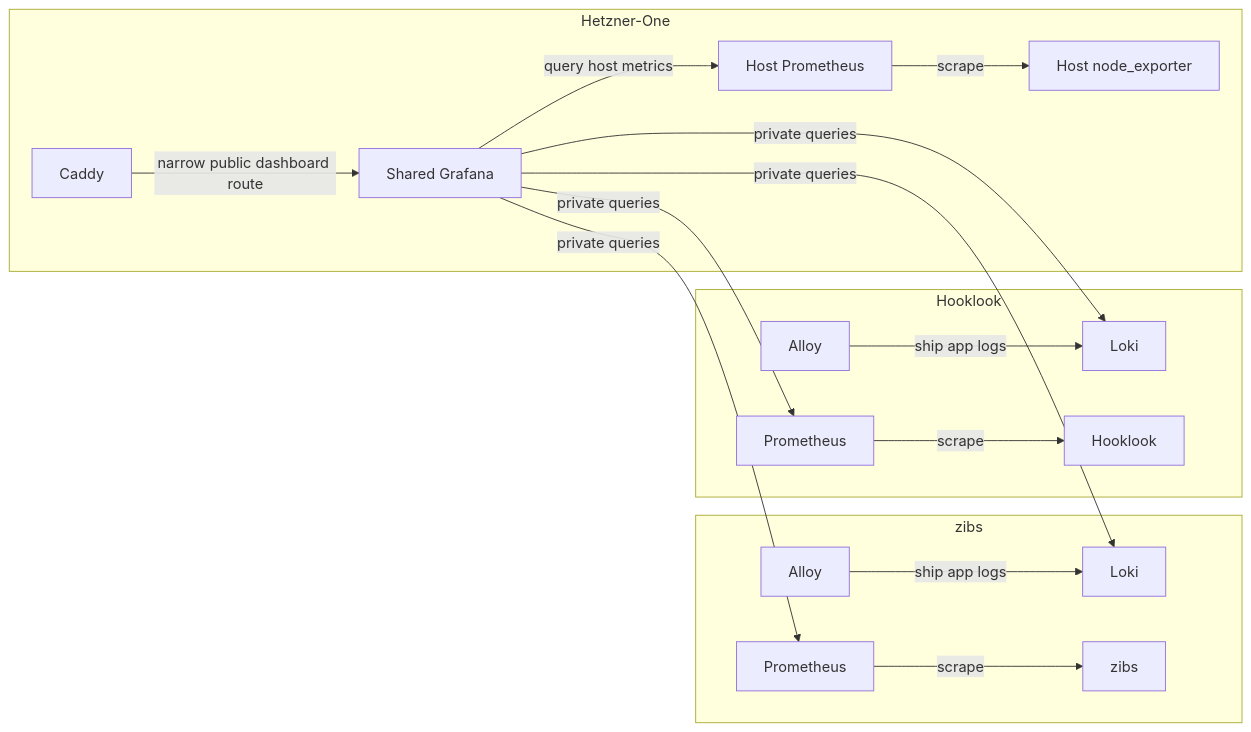
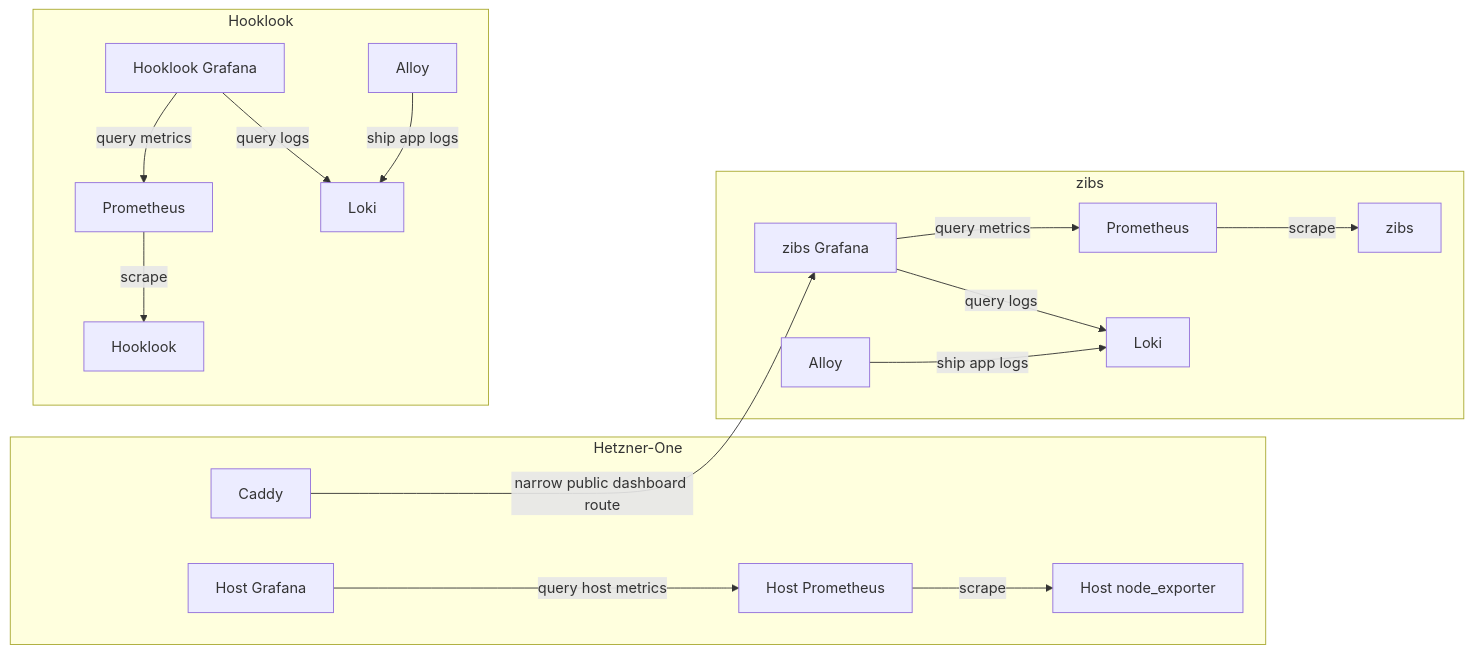
One commit to dvinubius/zibs changed the diagram in docs/v2-topology-improvements.md. Above: the diagram before and after it, drawn with Mermaid. The commit also changed other lines of this file, not shown here.

Commit message:
Keep separate Grafana instances in topology plan

````diff
--- a/docs/v2-topology-improvements.md
+++ b/docs/v2-topology-improvements.md
@@ -28,32 +26,34 @@
 ```mermaid
 flowchart LR
     subgraph platform[Hetzner-One]
-        grafana[Shared Grafana]
+        hg[Host Grafana]
         hostProm[Host Prometheus]
         node[Host node_exporter]
         caddy[Caddy]
+        hg -->|query host metrics| hostProm
         hostProm -->|scrape| node
-        grafana -->|query host metrics| hostProm
-        caddy -->|narrow public dashboard route| grafana
     end
     subgraph zibsProject[zibs]
+        zg[zibs Grafana]
         zp[Prometheus]
         za[Alloy]
         zl[Loki]
         app[zibs]
+        zg -->|query metrics| zp
+        zg -->|query logs| zl
         zp -->|scrape| app
         za -->|ship app logs| zl
     end
     subgraph hooklookProject[Hooklook]
+        hgraf[Hooklook Grafana]
         hp[Prometheus]
         ha[Alloy]
         hl[Loki]
         hooklook[Hooklook]
+        hgraf -->|query metrics| hp
+        hgraf -->|query logs| hl
         hp -->|scrape| hooklook
         ha -->|ship app logs| hl
     end
-    grafana -->|private queries| zp
-    grafana -->|private queries| zl
-    grafana -->|private queries| hp
-    grafana -->|private queries| hl
+    caddy -->|narrow public dashboard route| zg
 ```
````
